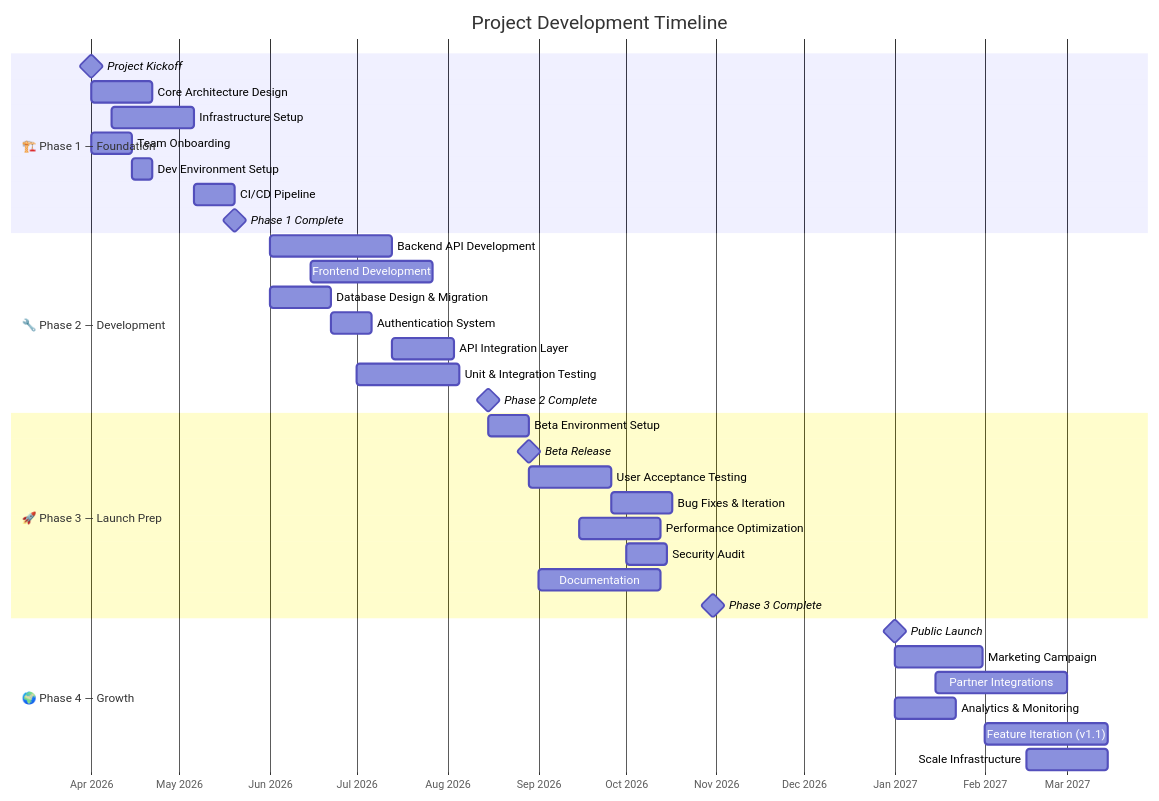
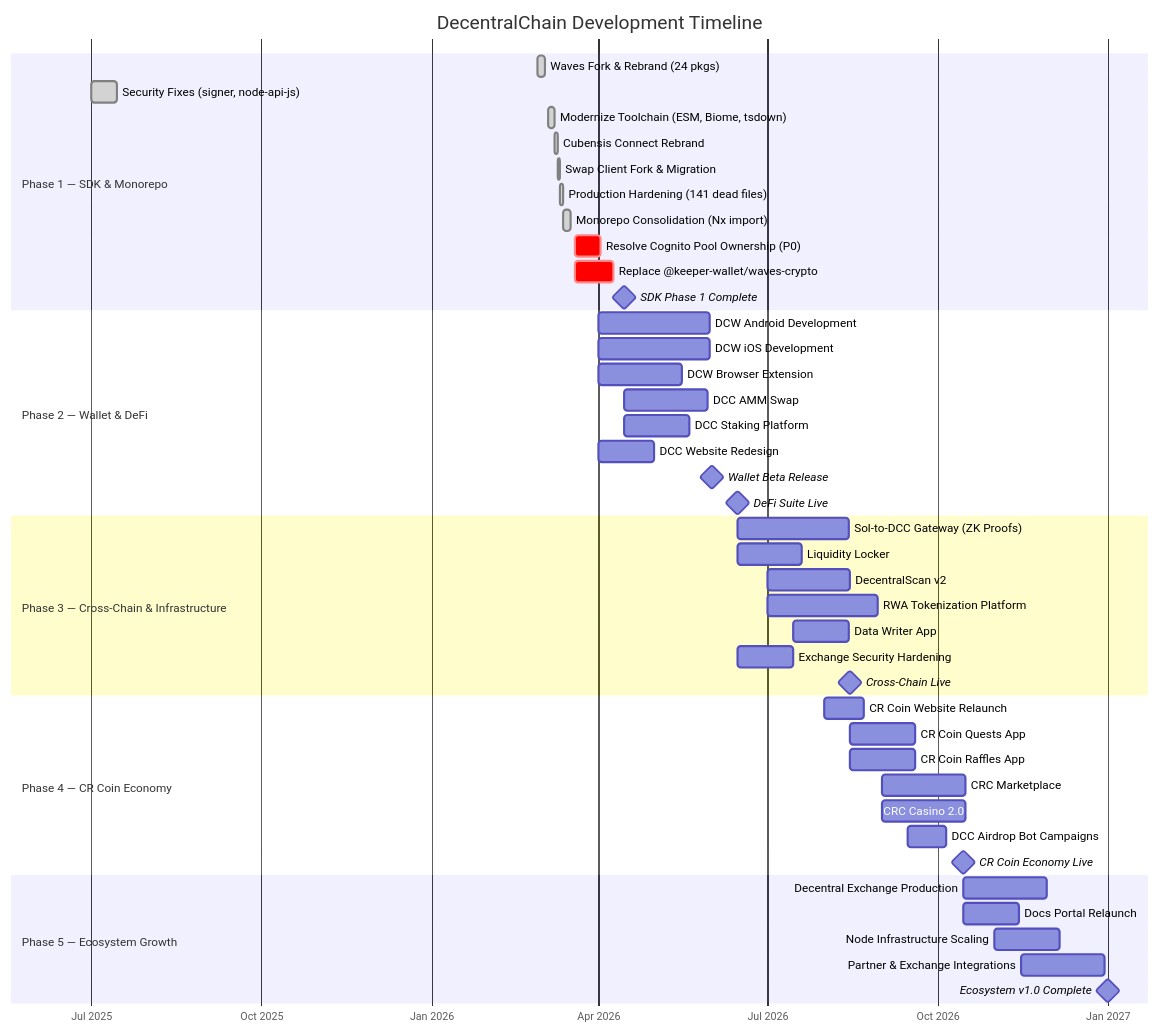
The third of 11 diagrams in ROADMAP.md (33imattei33/roadmap-project), drawn with Mermaid before and after one commit. The commit also changed other lines of this file and 6 other files, not shown here.

First line of the commit message:
Replace placeholder roadmap with real DecentralChain ecosystem data

````diff
--- a/ROADMAP.md
+++ b/ROADMAP.md
@@ -34,43 +109,54 @@
 ```mermaid
 gantt
-    title Project Development Timeline
+    title DecentralChain Development Timeline
     dateFormat  YYYY-MM-DD
     axisFormat  %b %Y
     todayMarker stroke-width:3px,stroke:#ff0000
 
-    section 🏗️ Phase 1 — Foundation
-    Project Kickoff              :milestone, m1, 2026-04-01, 0d
-    Core Architecture Design     :a1, 2026-04-01, 21d
-    Infrastructure Setup         :a2, 2026-04-08, 28d
-    Team Onboarding              :a3, 2026-04-01, 14d
-    Dev Environment Setup        :a4, after a3, 7d
-    CI/CD Pipeline               :a5, after a2, 14d
-    Phase 1 Complete             :milestone, m2, after a5, 0d
+    section Phase 1 — SDK & Monorepo
+    Waves Fork & Rebrand (24 pkgs)         :done, a1, 2026-02-27, 4d
+    Security Fixes (signer, node-api-js)   :done, a2, 2025-07-01, 14d
+    Modernize Toolchain (ESM, Biome, tsdown) :done, a3, 2026-03-05, 3d
+    Cubensis Connect Rebrand               :done, a4, 2026-03-08, 2d
+    Swap Client Fork & Migration           :done, a5, 2026-03-10, 1d
+    Production Hardening (141 dead files)   :done, a6, 2026-03-11, 2d
+    Monorepo Consolidation (Nx import)     :done, a7, 2026-03-13, 4d
+    Resolve Cognito Pool Ownership (P0)    :crit, a8, 2026-03-19, 14d
+    Replace @keeper-wallet/waves-crypto    :crit, a9, 2026-03-19, 21d
+    SDK Phase 1 Complete                   :milestone, m1, 2026-04-15, 0d
 
-    section 🔧 Phase 2 — Development
-    Backend API Development      :b1, 2026-06-01, 42d
-    Frontend Development         :b2, 2026-06-15, 42d
-    Database Design & Migration  :b3, 2026-06-01, 21d
-    Authentication System        :b4, after b3, 14d
-    API Integration Layer        :b5, after b1, 21d
-    Unit & Integration Testing   :b6, 2026-07-01, 35d
-    Phase 2 Complete             :milestone, m3, 2026-08-15, 0d
+    section Phase 2 — Wallet & DeFi
+    DCW Android Development                :b1, 2026-04-01, 60d
+    DCW iOS Development                    :b2, 2026-04-01, 60d
+    DCW Browser Extension                  :b3, 2026-04-01, 45d
+    DCC AMM Swap                           :b4, 2026-04-15, 45d
+    DCC Staking Platform                   :b5, 2026-04-15, 35d
+    DCC Website Redesign                   :b6, 2026-04-01, 30d
+    Wallet Beta Release                    :milestone, m2, 2026-06-01, 0d
+    DeFi Suite Live                        :milestone, m3, 2026-06-15, 0d
 
-    section 🚀 Phase 3 — Launch Prep
-    Beta Environment Setup       :c1, 2026-08-15, 14d
-    Beta Release                 :milestone, m4, after c1, 0d
-    User Acceptance Testing      :c2, after c1, 28d
-    Bug Fixes & Iteration        :c3, after c2, 21d
-    Performance Optimization     :c4, 2026-09-15, 28d
-    Security Audit               :c5, 2026-10-01, 14d
-    Documentation                :c6, 2026-09-01, 42d
-    Phase 3 Complete             :milestone, m5, 2026-10-31, 0d
+    section Phase 3 — Cross-Chain & Infrastructure
+    Sol-to-DCC Gateway (ZK Proofs)         :c1, 2026-06-15, 60d
+    Liquidity Locker                       :c2, 2026-06-15, 35d
+    DecentralScan v2                       :c3, 2026-07-01, 45d
+    RWA Tokenization Platform              :c4, 2026-07-01, 60d
+    Data Writer App                        :c5, 2026-07-15, 30d
+    Exchange Security Hardening            :c6, 2026-06-15, 30d
+    Cross-Chain Live                       :milestone, m4, 2026-08-15, 0d
 
-    section 🌍 Phase 4 — Growth
-    Public Launch                :milestone, m6, 2027-01-01, 0d
-    Marketing Campaign           :d1, 2027-01-01, 30d
-    Partner Integrations         :d2, 2027-01-15, 45d
-    Analytics & Monitoring       :d3, 2027-01-01, 21d
-    Feature Iteration (v1.1)     :d4, 2027-02-01, 42d
-    Scale Infrastructure         :d5, 2027-02-15, 28d
+    section Phase 4 — CR Coin Economy
+    CR Coin Website Relaunch               :d1, 2026-08-01, 21d
+    CR Coin Quests App                     :d2, 2026-08-15, 35d
+    CR Coin Raffles App                    :d3, 2026-08-15, 35d
+    CRC Marketplace                        :d4, 2026-09-01, 45d
+    CRC Casino 2.0                         :d5, 2026-09-01, 45d
+    DCC Airdrop Bot Campaigns              :d6, 2026-09-15, 21d
+    CR Coin Economy Live                   :milestone, m5, 2026-10-15, 0d
+
+    section Phase 5 — Ecosystem Growth
+    Decentral Exchange Production          :e1, 2026-10-15, 45d
+    Docs Portal Relaunch                   :e2, 2026-10-15, 30d
+    Node Infrastructure Scaling            :e3, 2026-11-01, 35d
+    Partner & Exchange Integrations        :e4, 2026-11-15, 45d
+    Ecosystem v1.0 Complete                :milestone, m6, 2027-01-01, 0d
 ```
````
